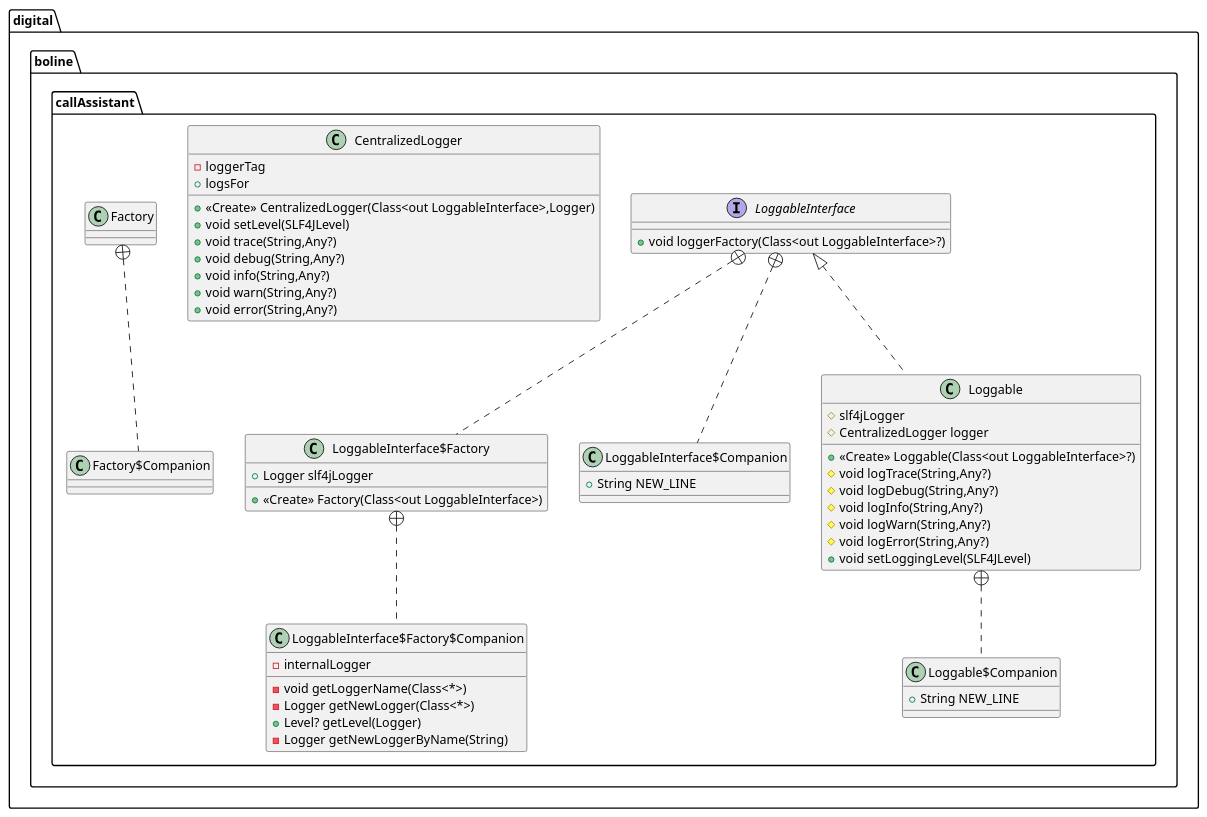
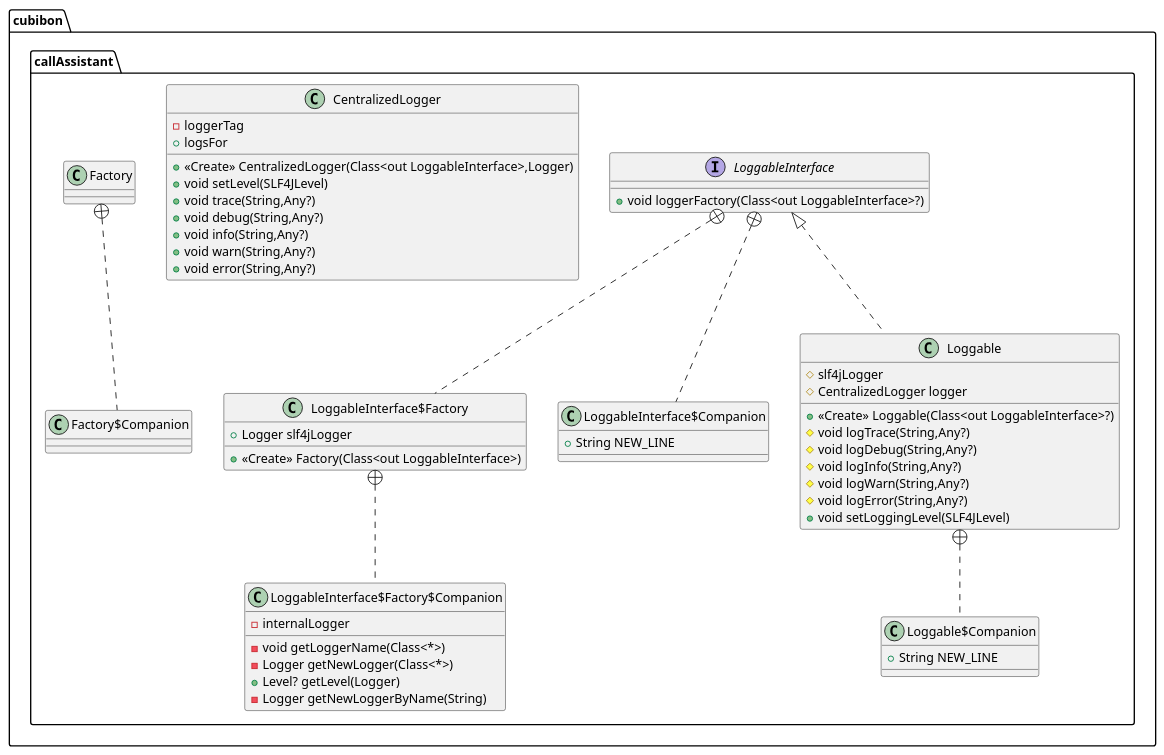
One commit to buoncubi/call_assistant changed the diagram in doc/uml/loggable.puml. Above: the diagram before and after it, drawn with PlantUML. The commit also changed 969 other files, not shown here.

```diff
--- a/doc/uml/loggable.puml
+++ b/doc/uml/loggable.puml
@@ -1,63 +1,63 @@
 @startuml
-class digital.boline.callAssistant.LoggableInterface$Factory$Companion {
+class cubibon.callAssistant.LoggableInterface$Factory$Companion {
 -  internalLogger
 - void getLoggerName(Class<*>)
 - Logger getNewLogger(Class<*>)
 + Level? getLevel(Logger)
 - Logger getNewLoggerByName(String)
 }
 
 
-class digital.boline.callAssistant.LoggableInterface$Factory {
+class cubibon.callAssistant.LoggableInterface$Factory {
 + Logger slf4jLogger
 + <<Create>> Factory(Class<out LoggableInterface>)
 }
 
 
-class digital.boline.callAssistant.LoggableInterface$Companion {
+class cubibon.callAssistant.LoggableInterface$Companion {
 + String NEW_LINE
 }
 
-interface digital.boline.callAssistant.LoggableInterface {
+interface cubibon.callAssistant.LoggableInterface {
 + void loggerFactory(Class<out LoggableInterface>?)
 }
 
-class digital.boline.callAssistant.CentralizedLogger {
+class cubibon.callAssistant.CentralizedLogger {
 -  loggerTag
 +  logsFor
 + <<Create>> CentralizedLogger(Class<out LoggableInterface>,Logger)
 + void setLevel(SLF4JLevel)
 + void trace(String,Any?)
 + void debug(String,Any?)
 + void info(String,Any?)
 + void warn(String,Any?)
 + void error(String,Any?)
 }
 
 
-class digital.boline.callAssistant.Loggable$Companion {
+class cubibon.callAssistant.Loggable$Companion {
 + String NEW_LINE
 }
 
-class digital.boline.callAssistant.Loggable {
+class cubibon.callAssistant.Loggable {
 #  slf4jLogger
 # CentralizedLogger logger
 + <<Create>> Loggable(Class<out LoggableInterface>?)
 # void logTrace(String,Any?)
 # void logDebug(String,Any?)
 # void logInfo(String,Any?)
 # void logWarn(String,Any?)
 # void logError(String,Any?)
 + void setLoggingLevel(SLF4JLevel)
 }
 
 
 
 
-digital.boline.callAssistant.Factory +.. digital.boline.callAssistant.Factory$Companion
-digital.boline.callAssistant.LoggableInterface$Factory +.. digital.boline.callAssistant.LoggableInterface$Factory$Companion
-digital.boline.callAssistant.LoggableInterface +.. digital.boline.callAssistant.LoggableInterface$Factory
-digital.boline.callAssistant.LoggableInterface +.. digital.boline.callAssistant.LoggableInterface$Companion
-digital.boline.callAssistant.Loggable +.. digital.boline.callAssistant.Loggable$Companion
-digital.boline.callAssistant.LoggableInterface <|.. digital.boline.callAssistant.Loggable
+cubibon.callAssistant.Factory +.. cubibon.callAssistant.Factory$Companion
+cubibon.callAssistant.LoggableInterface$Factory +.. cubibon.callAssistant.LoggableInterface$Factory$Companion
+cubibon.callAssistant.LoggableInterface +.. cubibon.callAssistant.LoggableInterface$Factory
+cubibon.callAssistant.LoggableInterface +.. cubibon.callAssistant.LoggableInterface$Companion
+cubibon.callAssistant.Loggable +.. cubibon.callAssistant.Loggable$Companion
+cubibon.callAssistant.LoggableInterface <|.. cubibon.callAssistant.Loggable
 @enduml
```
